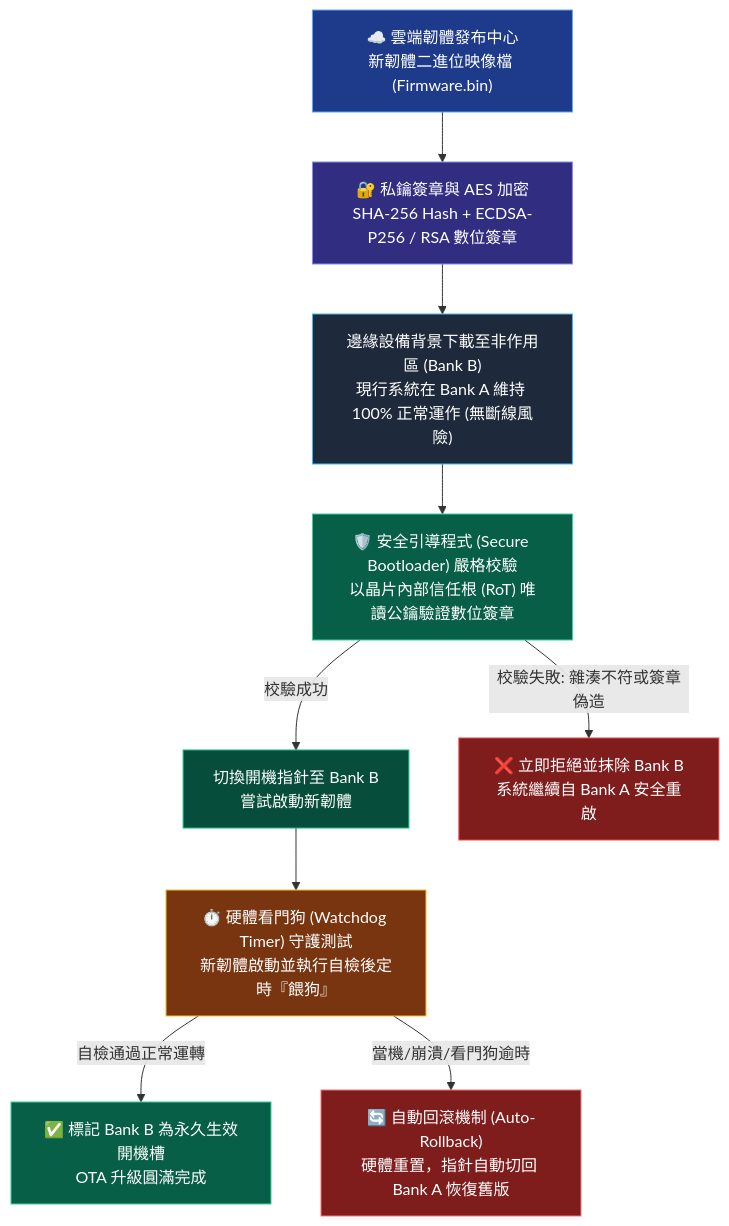
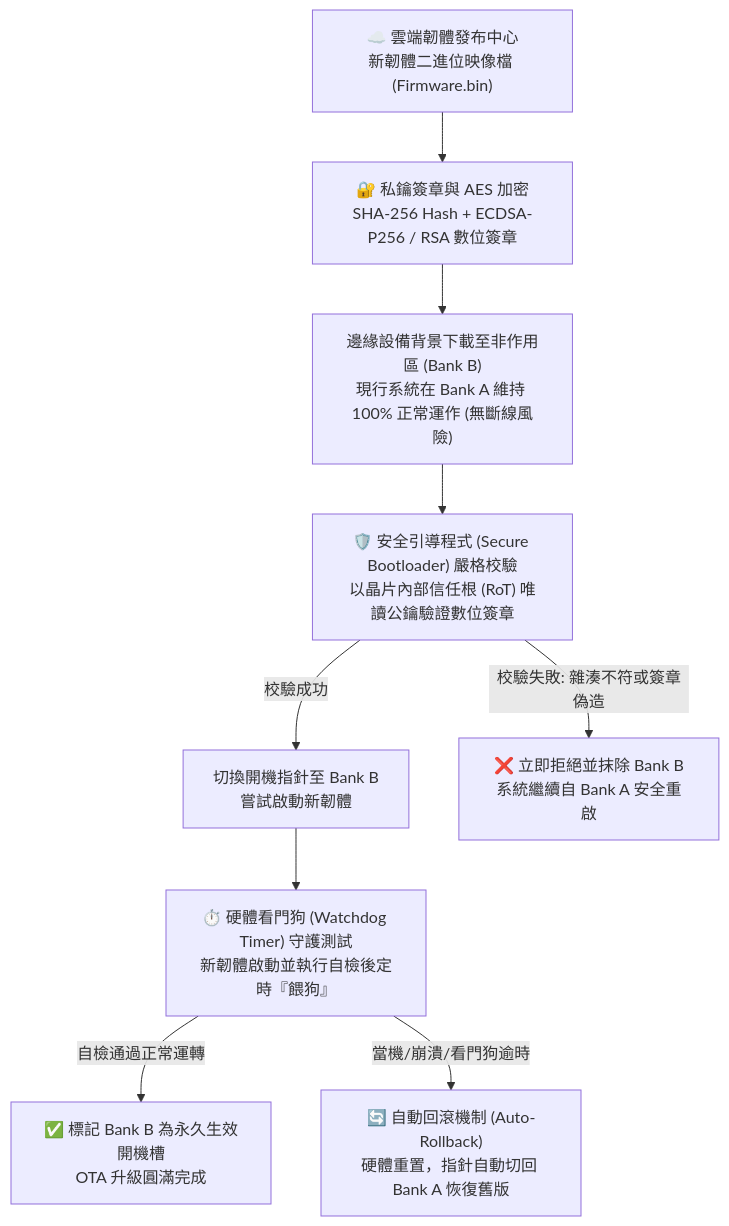
One commit to ta-lang/iPAS_Test changed the fourth of 4 diagrams in exam/notes/aiot/s2_物聯網系統與應用/L121_軟硬體整合規劃.md. Above: the diagram before and after it, drawn with Mermaid. The commit also changed other lines of this file and 16 other files, not shown here.

Commit message:
fix(mermaid): remove hardcoded styles, add high-contrast theme CSS, and forbid color styling in SOP

````diff
--- a/exam/notes/aiot/s2_物聯網系統與應用/L121_軟硬體整合規劃.md
+++ b/exam/notes/aiot/s2_物聯網系統與應用/L121_軟硬體整合規劃.md
@@ -139,23 +126,14 @@
 ```mermaid
 flowchart TD
     CLOUD["☁️ 雲端韌體發布中心<br>新韌體二進位映像檔 (Firmware.bin)"] --> SIGN["🔐 私鑰簽章與 AES 加密<br>SHA-256 Hash + ECDSA-P256 / RSA 數位簽章"]
     SIGN --> DL["邊緣設備背景下載至非作用區 (Bank B)<br>現行系統在 Bank A 維持 100% 正常運作 (無斷線風險)"]
     DL --> BOOT["🛡️ 安全引導程式 (Secure Bootloader) 嚴格校驗<br>以晶片內部信任根 (RoT) 唯讀公鑰驗證數位簽章"]
     
     BOOT -->|校驗成功| SWITCH["切換開機指針至 Bank B<br>嘗試啟動新韌體"]
     BOOT -->|校驗失敗: 雜湊不符或簽章偽造| ABORT["❌ 立即拒絕並抹除 Bank B<br>系統繼續自 Bank A 安全重啟"]
 
     SWITCH --> WDT["⏱️ 硬體看門狗 (Watchdog Timer) 守護測試<br>新韌體啟動並執行自檢後定時『餵狗』"]
     WDT -->|自檢通過正常運轉| COMMIT["✅ 標記 Bank B 為永久生效開機槽<br>OTA 升級圓滿完成"]
     WDT -->|當機/崩潰/看門狗逾時| ROLLBACK["🔄 自動回滾機制 (Auto-Rollback)<br>硬體重置，指針自動切回 Bank A 恢復舊版"]
 
-    style CLOUD fill:#1e3a8a,stroke:#60a5fa,color:#fff
-    style SIGN fill:#312e81,stroke:#818cf8,color:#fff
-    style DL fill:#1e293b,stroke:#38bdf8,color:#fff
-    style BOOT fill:#065f46,stroke:#34d399,color:#fff
-    style SWITCH fill:#064e3b,stroke:#10b981,color:#fff
-    style ABORT fill:#7f1d1d,stroke:#ef4444,color:#fff
-    style WDT fill:#78350f,stroke:#fbbf24,color:#fff
-    style COMMIT fill:#065f46,stroke:#34d399,color:#fff
-    style ROLLBACK fill:#7f1d1d,stroke:#f87171,color:#fff
 ```
````
